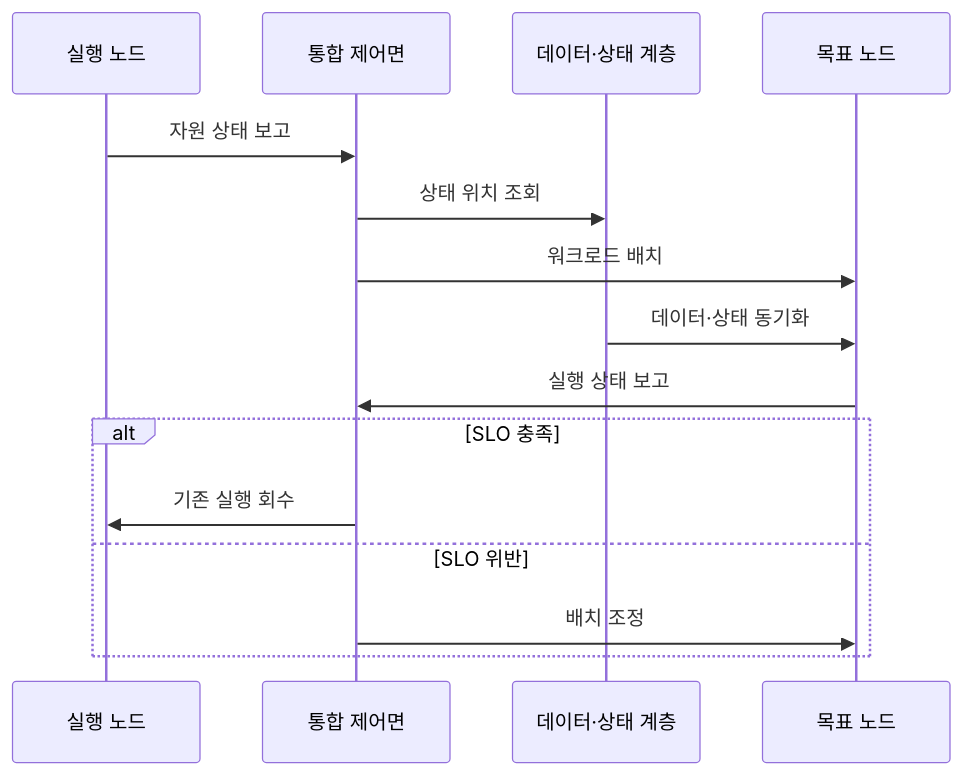
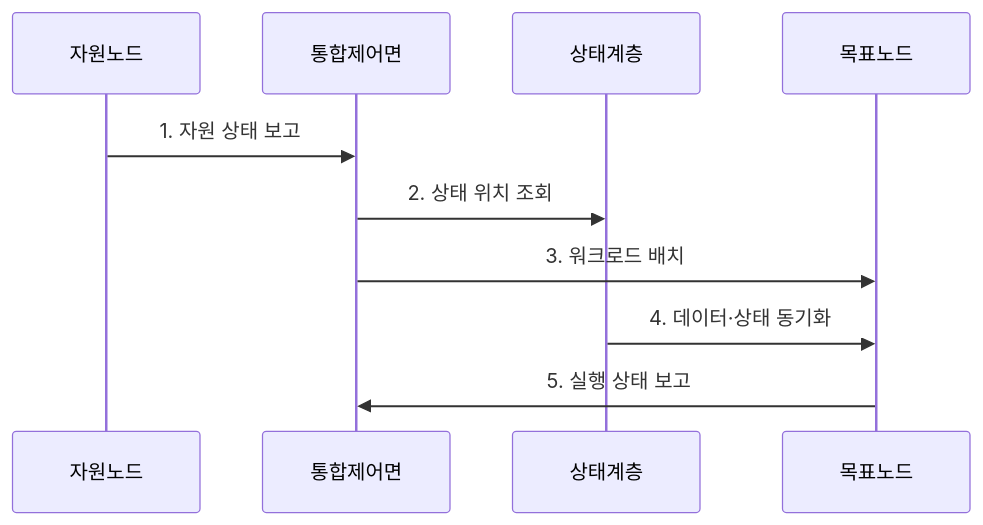
One commit to agnusdei1207/knowledge-base changed the second of 2 diagrams in src/content/docs/notes/04-network/048_computing_continuum.md. Above: the diagram before and after it, drawn with Mermaid. The commit also changed other lines of this file and 20 other files, not shown here.

````diff
--- a/src/content/docs/notes/04-network/048_computing_continuum.md
+++ b/src/content/docs/notes/04-network/048_computing_continuum.md
@@ -92,17 +84,12 @@
 ```mermaid
 sequenceDiagram
-    participant N as 실행 노드
-    participant C as 통합 제어면
-    participant S as 데이터·상태 계층
-    participant T as 목표 노드
-    N->>C: 자원 상태 보고
-    C->>S: 상태 위치 조회
-    C->>T: 워크로드 배치
-    S->>T: 데이터·상태 동기화
-    T->>C: 실행 상태 보고
-    alt SLO 충족
-        C->>N: 기존 실행 회수
-    else SLO 위반
-        C->>T: 배치 조정
-    end
+    participant 자원노드
+    participant 통합제어면
+    participant 상태계층
+    participant 목표노드
+    자원노드->>통합제어면: 1. 자원 상태 보고
+    통합제어면->>상태계층: 2. 상태 위치 조회
+    통합제어면->>목표노드: 3. 워크로드 배치
+    상태계층->>목표노드: 4. 데이터·상태 동기화
+    목표노드->>통합제어면: 5. 실행 상태 보고
 ```
````
